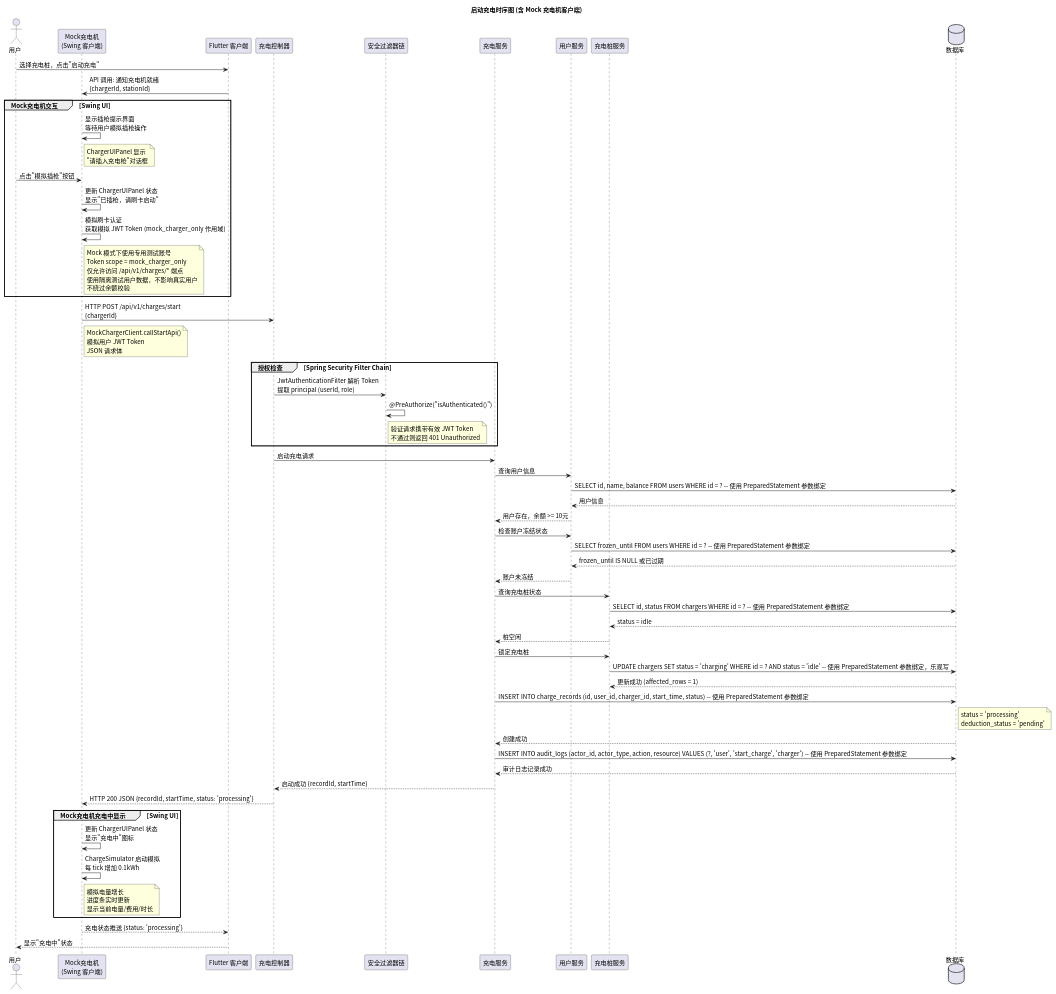
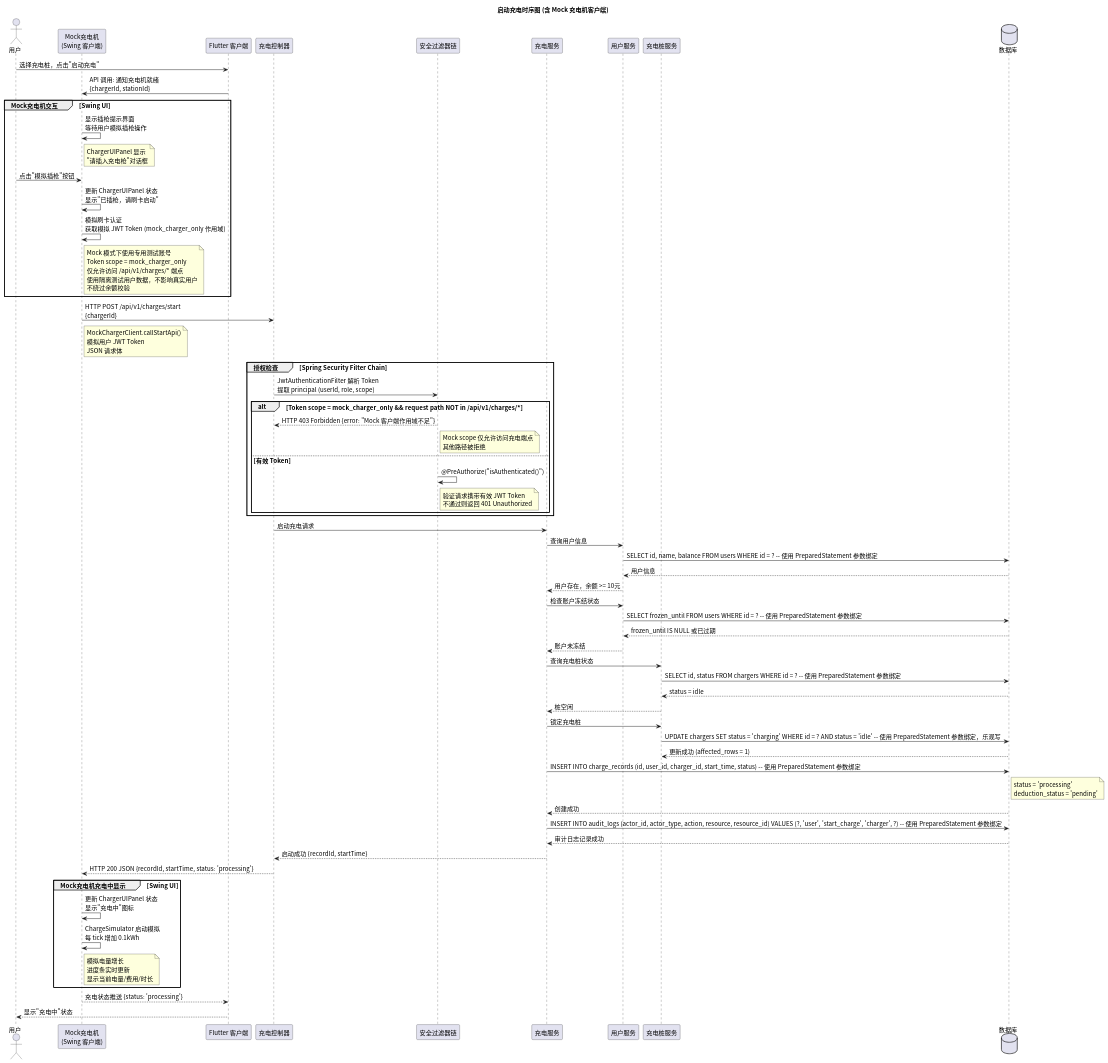
The diagram in time/src/sequence_charging.puml (greenhandzdl/charging-station-doc), drawn with PlantUML before and after one commit. The commit also changed 24 other files, not shown here.

First line of the commit message:
fix: 架构与安全第二轮评估修复 — 类图权限补充、审计日志字段统一、状态图/活动图/用例图修复

```diff
--- a/time/src/sequence_charging.puml
+++ b/time/src/sequence_charging.puml
@@ -1,80 +1,85 @@
 @startuml
 skinparam defaultFontName "Noto Sans CJK SC"
 skinparam defaultFontSize 14
 title 启动充电时序图 (含 Mock 充电机客户端)
 
 ' 所有 SQL 操作使用 PreparedStatement 参数绑定，禁止字符串拼接
 actor 用户 as U
 participant "Mock充电机\n(Swing 客户端)" as MC
 participant "Flutter 客户端" as FE
 participant "充电控制器" as Ctrl
 participant "安全过滤器链" as Security
 participant "充电服务" as Service
 participant "用户服务" as US
 participant "充电桩服务" as CS
 database 数据库 as DB
 
 U -> FE: 选择充电桩，点击"启动充电"
 FE -> MC: API 调用: 通知充电机就绪\n{chargerId, stationId}
 
 group Mock充电机交互 [Swing UI]
   MC -> MC: 显示插枪提示界面\n等待用户模拟插枪操作
   note right MC : ChargerUIPanel 显示\n"请插入充电枪"对话框
 
   U -> MC: 点击"模拟插枪"按钮
   MC -> MC: 更新 ChargerUIPanel 状态\n显示"已插枪，请刷卡启动"
 
   MC -> MC: 模拟刷卡认证\n获取模拟 JWT Token (mock_charger_only 作用域)
   note right MC : Mock 模式下使用专用测试账号\nToken scope = mock_charger_only\n仅允许访问 /api/v1/charges/* 端点\n使用隔离测试用户数据，不影响真实用户\n不绕过余额校验
 end
 
 MC -> Ctrl: HTTP POST /api/v1/charges/start\n{chargerId}
 note right MC : MockChargerClient.callStartApi()\n模拟用户 JWT Token\nJSON 请求体
 
 group 授权检查 [Spring Security Filter Chain]
-  Ctrl -> Security: JwtAuthenticationFilter 解析 Token\n提取 principal (userId, role)
+  Ctrl -> Security: JwtAuthenticationFilter 解析 Token\n提取 principal (userId, role, scope)
 
-  Security -> Security: @PreAuthorize("isAuthenticated()")
-  note right Security : 验证请求携带有效 JWT Token\n不通过则返回 401 Unauthorized
+  alt Token scope = mock_charger_only && request path NOT in /api/v1/charges/*
+    Security --> Ctrl: HTTP 403 Forbidden {error: "Mock 客户端作用域不足"}
+    note right Security : Mock scope 仅允许访问充电端点\n其他路径被拒绝
+  else 有效 Token
+    Security -> Security: @PreAuthorize("isAuthenticated()")
+    note right Security : 验证请求携带有效 JWT Token\n不通过则返回 401 Unauthorized
+  end
 end
 
 Ctrl -> Service: 启动充电请求
 
 Service -> US: 查询用户信息
 US -> DB: SELECT id, name, balance FROM users WHERE id = ? -- 使用 PreparedStatement 参数绑定
 DB --> US: 用户信息
 US --> Service: 用户存在，余额 >= 10元
 
 Service -> US: 检查账户冻结状态
 US -> DB: SELECT frozen_until FROM users WHERE id = ? -- 使用 PreparedStatement 参数绑定
 DB --> US: frozen_until IS NULL 或已过期
 US --> Service: 账户未冻结
 
 Service -> CS: 查询充电桩状态
 CS -> DB: SELECT id, status FROM chargers WHERE id = ? -- 使用 PreparedStatement 参数绑定
 DB --> CS: status = idle
 CS --> Service: 桩空闲
 
 Service -> CS: 锁定充电桩
 CS -> DB: UPDATE chargers SET status = 'charging' WHERE id = ? AND status = 'idle' -- 使用 PreparedStatement 参数绑定，乐观写
 DB --> CS: 更新成功 (affected_rows = 1)
 
 Service -> DB: INSERT INTO charge_records (id, user_id, charger_id, start_time, status) -- 使用 PreparedStatement 参数绑定
 note right DB : status = 'processing'\ndeduction_status = 'pending'
 DB --> Service: 创建成功
 
-Service -> DB: INSERT INTO audit_logs (actor_id, actor_type, action, resource) VALUES (?, 'user', 'start_charge', 'charger') -- 使用 PreparedStatement 参数绑定
+Service -> DB: INSERT INTO audit_logs (actor_id, actor_type, action, resource, resource_id) VALUES (?, 'user', 'start_charge', 'charger', ?) -- 使用 PreparedStatement 参数绑定
 DB --> Service: 审计日志记录成功
 
 Service --> Ctrl: 启动成功 {recordId, startTime}
 Ctrl --> MC: HTTP 200 JSON {recordId, startTime, status: 'processing'}
 
 group Mock充电机充电中显示 [Swing UI]
   MC -> MC: 更新 ChargerUIPanel 状态\n显示"充电中"图标
   MC -> MC: ChargeSimulator 启动模拟\n每 tick 增加 0.1kWh
   note right MC : 模拟电量增长\n进度条实时更新\n显示当前电量/费用/时长
 end
 
 MC --> FE: 充电状态推送 {status: 'processing'}
 FE --> U: 显示"充电中"状态
 @enduml
```
